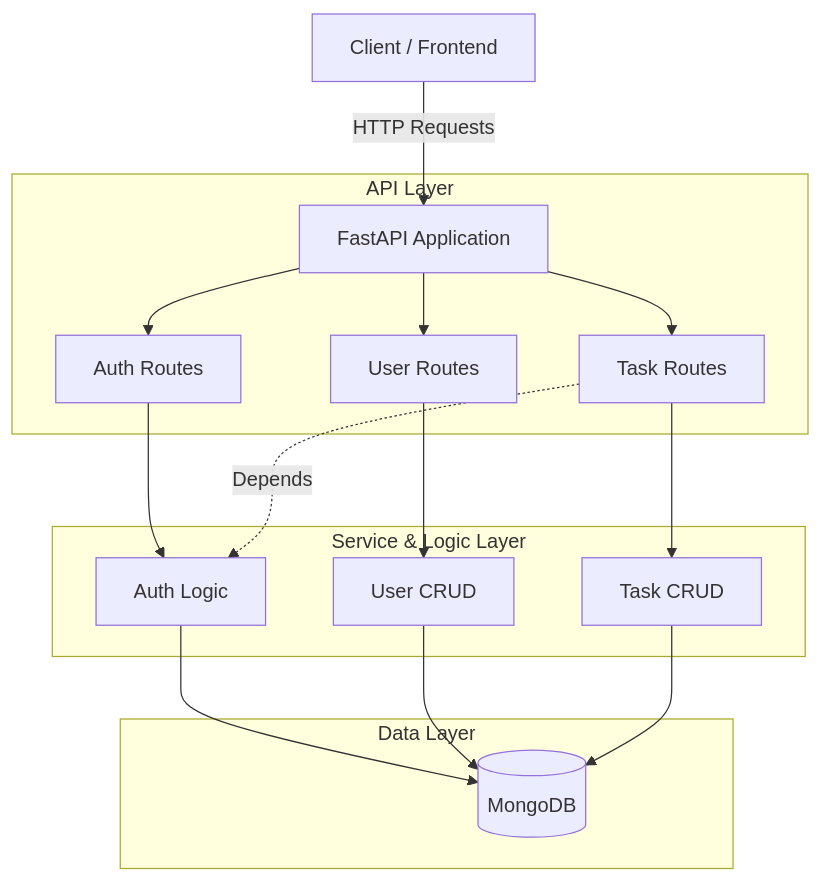
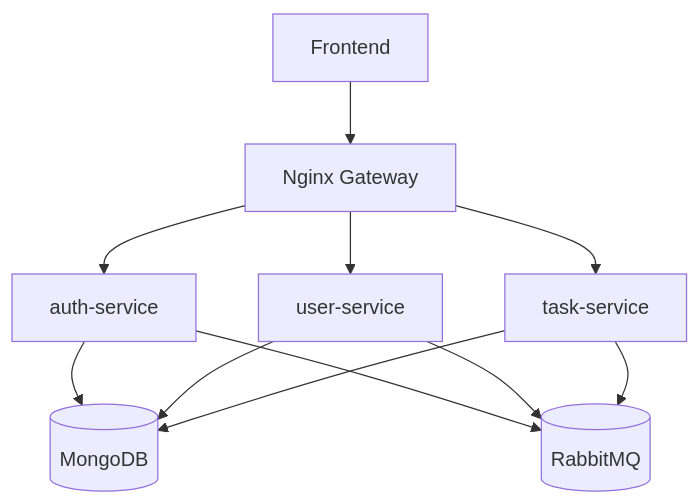
One commit to HackyCoder0951/authdb changed the first of 2 diagrams in docs/Back-End.md. Above: the diagram before and after it, drawn with Mermaid. The commit also changed other lines of this file and 3 other files, not shown here.

Commit message:
feat: update documentation for system architecture and backend services

````diff
--- a/docs/Back-End.md
+++ b/docs/Back-End.md
@@ -17,24 +15,15 @@
 ```mermaid
 graph TD
-    Client[Client / Frontend] -->|HTTP Requests| API[FastAPI Application]
-    
-    subgraph "API Layer"
-        API --> AuthRouter[Auth Routes]
-        API --> UserRouter[User Routes]
-        API --> TaskRouter[Task Routes]
-    end
-    
-    subgraph "Service & Logic Layer"
-        AuthRouter --> AuthController[Auth Logic]
-        UserRouter --> UserCRUD[User CRUD]
-        TaskRouter --> TaskCRUD[Task CRUD]
-    end
-    
-    subgraph "Data Layer"
-        AuthController --> DB[(MongoDB)]
-        UserCRUD --> DB
-        TaskCRUD --> DB
-    end
-    
-    TaskRouter -.->|Depends| AuthController
+    Client[Frontend] --> Gateway[Nginx Gateway]
+    Gateway --> AuthSvc[auth-service]
+    Gateway --> UserSvc[user-service]
+    Gateway --> TaskSvc[task-service]
+
+    AuthSvc --> Mongo[(MongoDB)]
+    UserSvc --> Mongo
+    TaskSvc --> Mongo
+
+    AuthSvc --> MQ[(RabbitMQ)]
+    UserSvc --> MQ
+    TaskSvc --> MQ
 ```
````
